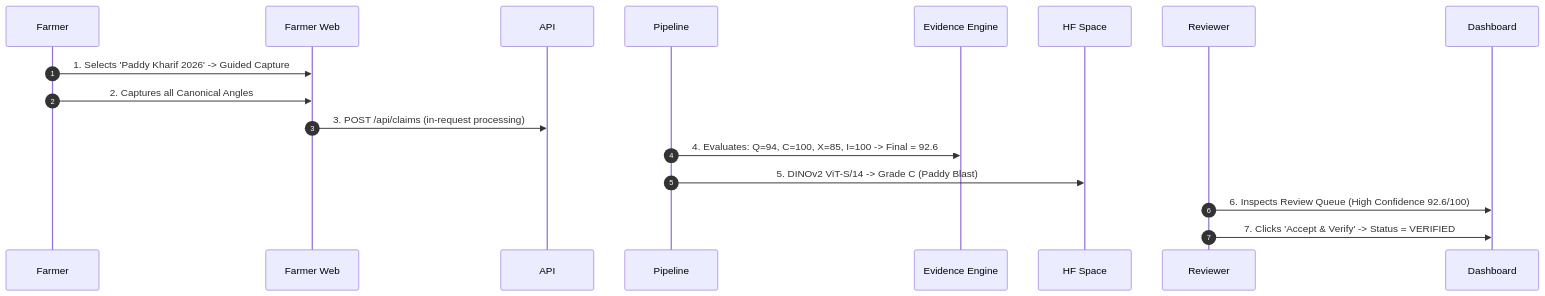
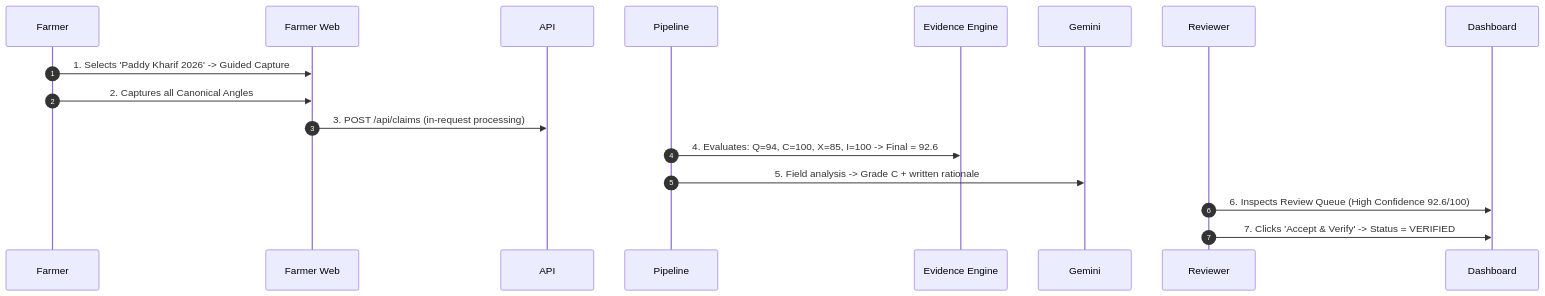
The first of 3 diagrams in docs/demo-walkthrough.md (dhrrishitvdeka/Fasal-Pramaan), drawn with Mermaid before and after one commit. The commit also changed other lines of this file and 62 other files, not shown here.

````diff
--- a/docs/demo-walkthrough.md
+++ b/docs/demo-walkthrough.md
@@ -42,11 +42,11 @@
 ```mermaid
 sequenceDiagram
   autonumber
   Farmer->>Farmer Web: 1. Selects 'Paddy Kharif 2026' -> Guided Capture
   Farmer->>Farmer Web: 2. Captures all Canonical Angles
   Farmer Web->>API: 3. POST /api/claims (in-request processing)
   Pipeline->>Evidence Engine: 4. Evaluates: Q=94, C=100, X=85, I=100 -> Final = 92.6
-  Pipeline->>HF Space: 5. DINOv2 ViT-S/14 -> Grade C (Paddy Blast)
+  Pipeline->>Gemini: 5. Field analysis -> Grade C + written rationale
   Reviewer->>Dashboard: 6. Inspects Review Queue (High Confidence 92.6/100)
   Reviewer->>Dashboard: 7. Clicks 'Accept & Verify' -> Status = VERIFIED
 ```
````
